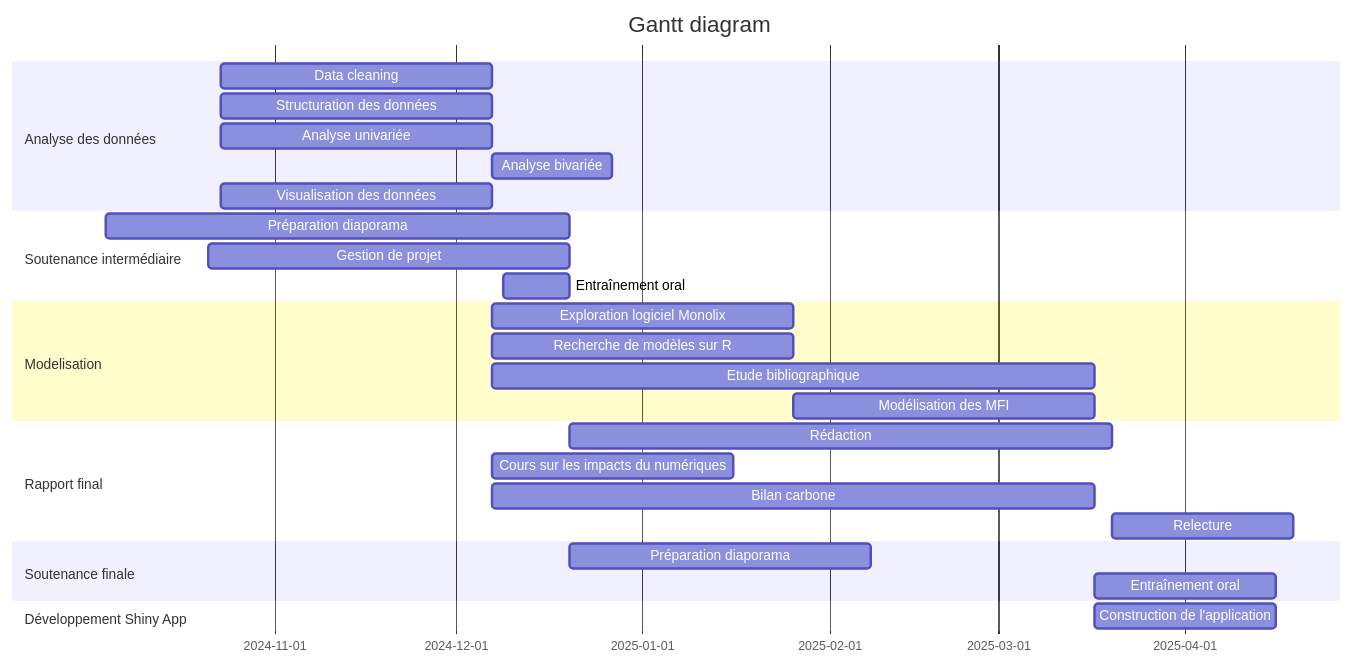
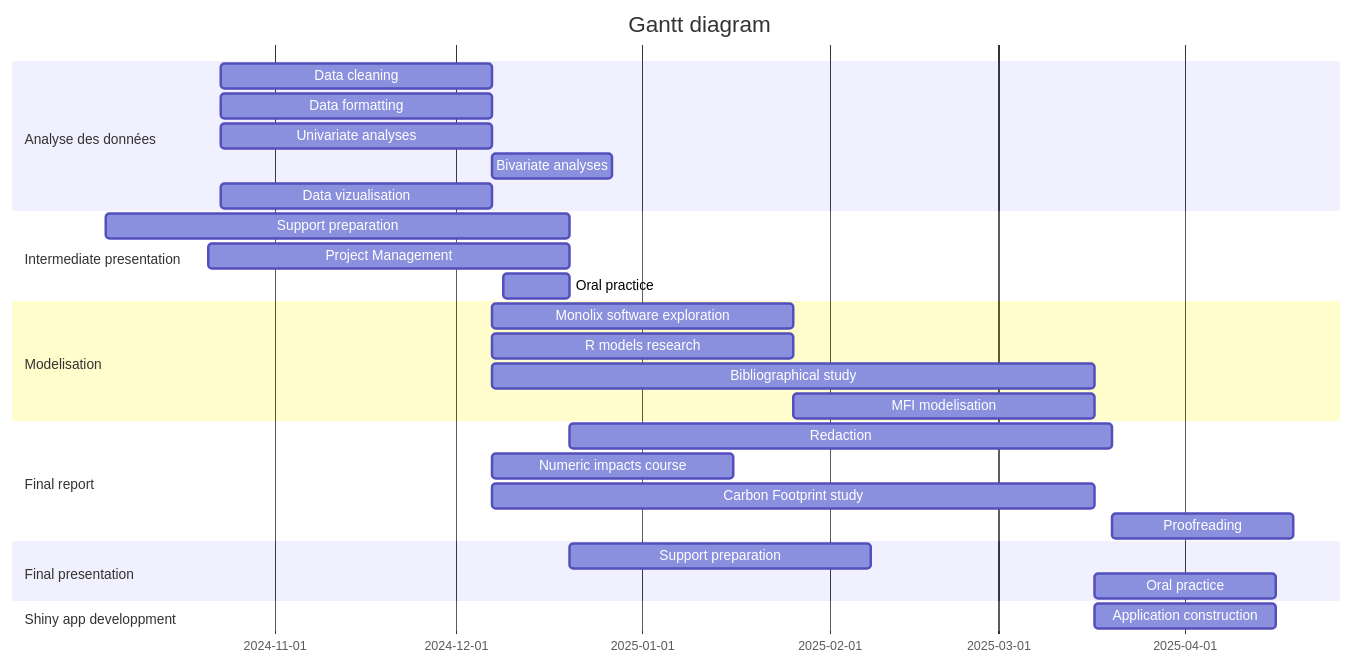
The first of 2 diagrams in Rendu intermédiaire/Presentation_intermediaire.qmd (MatMaz5/Projet_tutore_M1), drawn with Mermaid before and after one commit. The commit also changed other lines of this file and 6 other files, not shown here.

````diff
--- a/Rendu intermédiaire/Presentation_intermediaire.qmd
+++ b/Rendu intermédiaire/Presentation_intermediaire.qmd
@@ -46,30 +109,30 @@
 ```{mermaid}
 gantt
    title Gantt diagram
    dateFormat  DD-MM-YYYY
    section Analyse des données
    Data cleaning : a1, 23-10-2024, 45d
-   Structuration des données : a2, 23-10-2024, 45d
-   Analyse univariée : a3, 23-10-2024, 45d
-   Analyse bivariée : a4, after a3, 20d
-   Visualisation des données : a5, 23-10-2024, 45d
-   section Soutenance intermédiaire
-   Préparation diaporama : a6, 04-10-2024, 20-12-2024
-   Gestion de projet : a7, 21-10-2024, 20-12-2024
-   Entraînement oral : a8, 09-12-2024, 20-12-2024
+   Data formatting : a2, 23-10-2024, 45d
+   Univariate analyses : a3, 23-10-2024, 45d
+   Bivariate analyses : a4, after a3, 20d
+   Data vizualisation : a5, 23-10-2024, 45d
+   section Intermediate presentation
+   Support preparation : a6, 04-10-2024, 20-12-2024
+   Project Management : a7, 21-10-2024, 20-12-2024
+   Oral practice: a8, 09-12-2024, 20-12-2024
    section Modelisation
-   Exploration logiciel Monolix : a9, after a3  , 50d
-   Recherche de modèles sur R : a10, after a3, 50d
-   Etude bibliographique : a11, after a3, 100d
-   Modélisation des MFI : a12, after a9  , 50d
-   section Rapport final
-   Rédaction : a13, after a8, 90d
-   Cours sur les impacts du numériques : a14, after a3, 40d
-   Bilan carbone : a15, after a3, 100d
-   Relecture : a16, after a13, 30d
-   section Soutenance finale
-   Préparation diaporama : a19, after a8, 50d
-   Entraînement oral : a18, after a12, 30d
-   section Développement Shiny App
-   Construction de l'application : a19, after a12  , 30d
+   Monolix software exploration : a9, after a3  , 50d
+   R models research : a10, after a3, 50d
+   Bibliographical study : a11, after a3, 100d
+   MFI modelisation : a12, after a9  , 50d
+   section Final report
+   Redaction : a13, after a8, 90d
+   Numeric impacts course : a14, after a3, 40d
+   Carbon Footprint study : a15, after a3, 100d
+   Proofreading : a16, after a13, 30d
+   section Final presentation
+   Support preparation : a19, after a8, 50d
+   Oral practice : a18, after a12, 30d
+   section Shiny app developpment
+   Application construction : a19, after a12  , 30d
 ```
````
